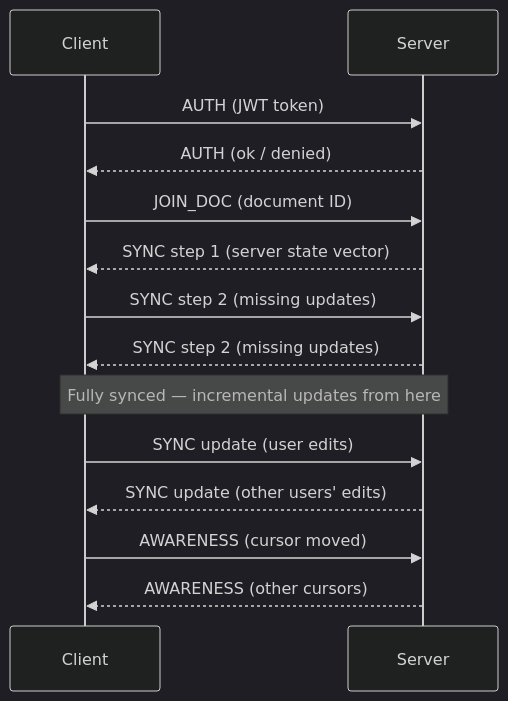
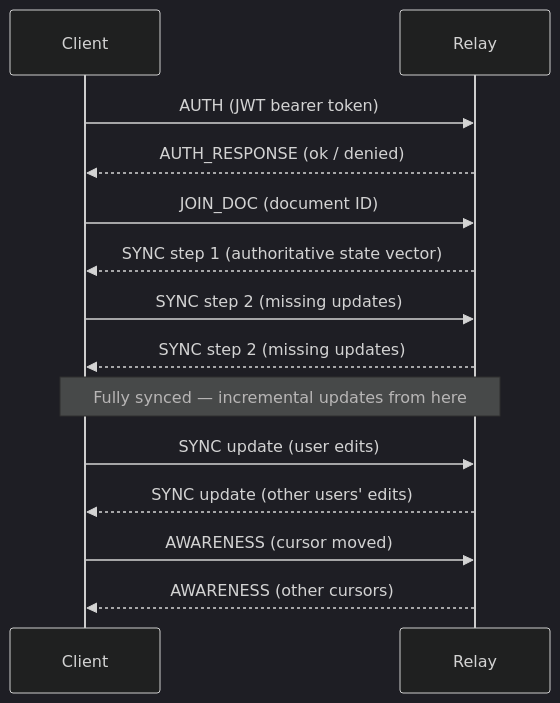
One commit to JPE-Net-Technologies/docushark changed the second of 2 diagrams in docs-site/developer/collaboration-protocol.md. Above: the diagram before and after it, drawn with Mermaid (dark theme). The commit also changed other lines of this file and 12 other files, not shown here.

````diff
--- a/docs-site/developer/collaboration-protocol.md
+++ b/docs-site/developer/collaboration-protocol.md
@@ -64,17 +87,17 @@
 ```mermaid
 sequenceDiagram
   participant C as Client
-  participant S as Server
+  participant S as Relay
 
-  C->>S: AUTH (JWT token)
-  S-->>C: AUTH (ok / denied)
+  C->>S: AUTH (JWT bearer token)
+  S-->>C: AUTH_RESPONSE (ok / denied)
   C->>S: JOIN_DOC (document ID)
-  S-->>C: SYNC step 1 (server state vector)
+  S-->>C: SYNC step 1 (authoritative state vector)
   C->>S: SYNC step 2 (missing updates)
   S-->>C: SYNC step 2 (missing updates)
   Note over C,S: Fully synced — incremental updates from here
   C->>S: SYNC update (user edits)
   S-->>C: SYNC update (other users' edits)
   C->>S: AWARENESS (cursor moved)
   S-->>C: AWARENESS (other cursors)
 ```
````
